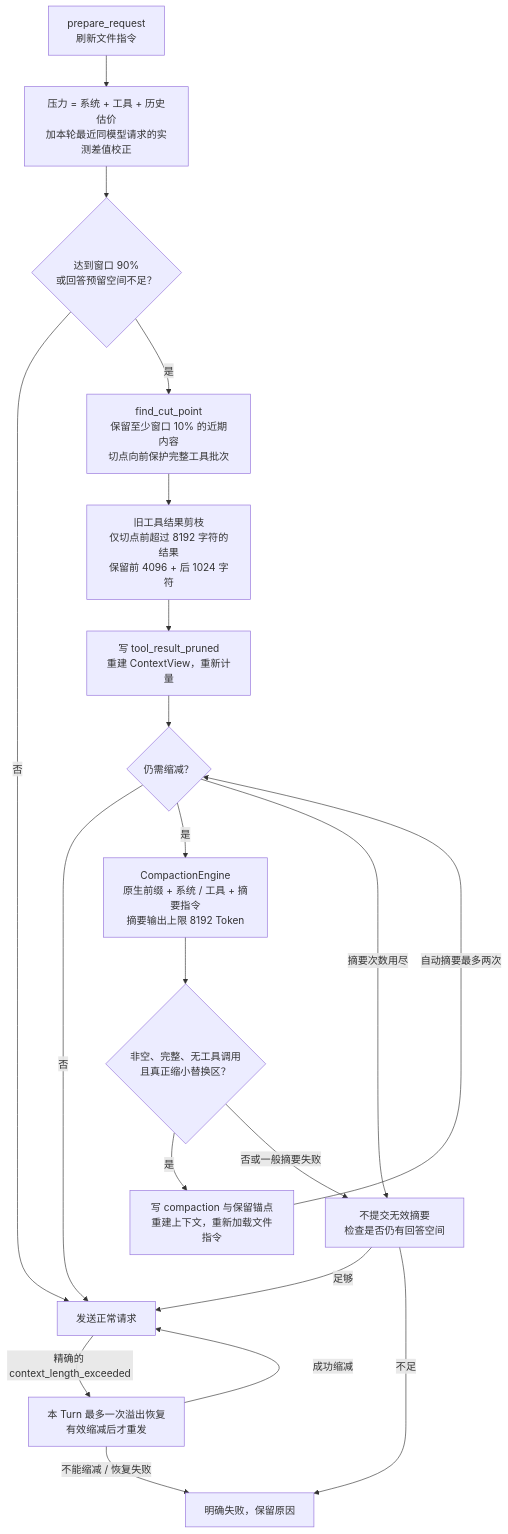
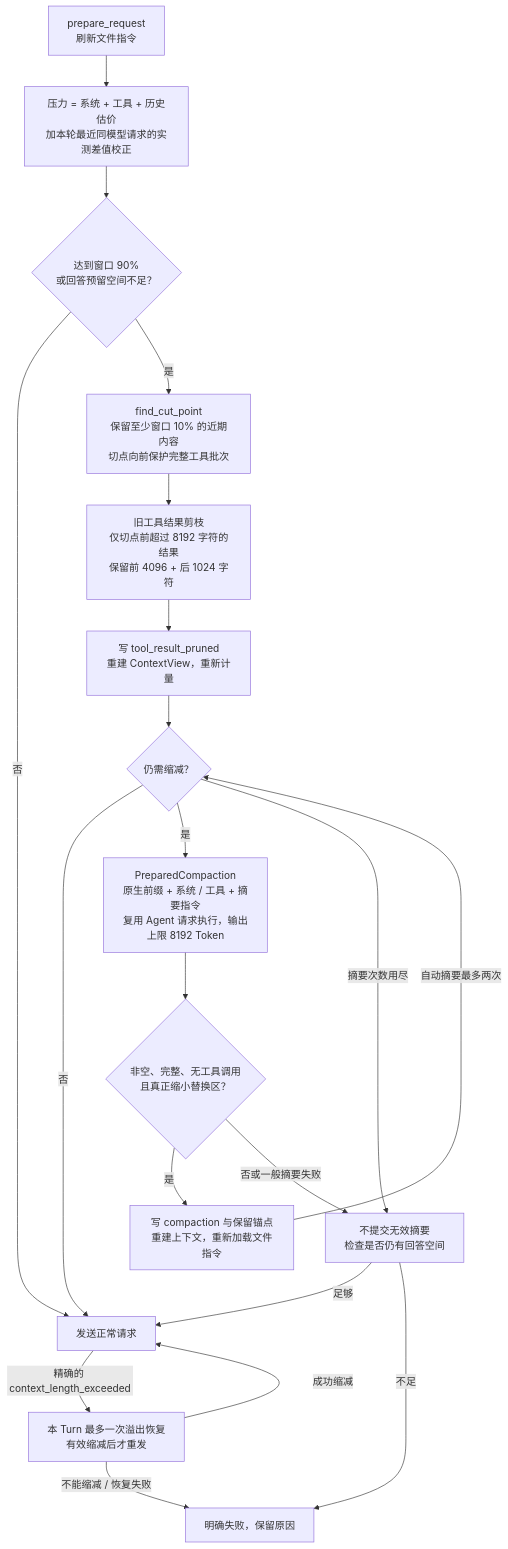
One commit to qjcnmd/singularity-agent changed diagram 23 of 29 in docs/singularity.md. Above: the diagram before and after it, drawn with Mermaid. The commit also changed other lines of this file and 45 other files, not shown here.

````diff
--- a/docs/singularity.md
+++ b/docs/singularity.md
@@ -602,22 +602,22 @@
 ```mermaid
 flowchart TB
     Start["prepare_request<br/>刷新文件指令"] --> Estimate["压力 = 系统 + 工具 + 历史估价<br/>加本轮最近同模型请求的实测差值校正"]
     Estimate --> Pressure{"达到窗口 90%<br/>或回答预留空间不足？"}
     Pressure -->|"否"| Send["发送正常请求"]
     Pressure -->|"是"| Cut["find_cut_point<br/>保留至少窗口 10% 的近期内容<br/>切点向前保护完整工具批次"]
     Cut --> Prune["旧工具结果剪枝<br/>仅切点前超过 8192 字符的结果<br/>保留前 4096 + 后 1024 字符"]
     Prune --> Measure["写 tool_result_pruned<br/>重建 ContextView，重新计量"]
     Measure --> Need{"仍需缩减？"}
     Need -->|"否"| Send
-    Need -->|"是"| Summary["CompactionEngine<br/>原生前缀 + 系统 / 工具 + 摘要指令<br/>摘要输出上限 8192 Token"]
+    Need -->|"是"| Summary["PreparedCompaction<br/>原生前缀 + 系统 / 工具 + 摘要指令<br/>复用 Agent 请求执行，输出上限 8192 Token"]
     Summary --> Valid{"非空、完整、无工具调用<br/>且真正缩小替换区？"}
     Valid -->|"是"| Commit["写 compaction 与保留锚点<br/>重建上下文，重新加载文件指令"]
     Commit -->|"自动摘要最多两次"| Need
     Valid -->|"否或一般摘要失败"| Room["不提交无效摘要<br/>检查是否仍有回答空间"]
     Room -->|"足够"| Send
     Room -->|"不足"| Error["明确失败，保留原因"]
     Need -->|"摘要次数用尽"| Room
     Send -->|"精确的 context_length_exceeded"| Forced["本 Turn 最多一次溢出恢复<br/>有效缩减后才重发"]
     Forced -->|"成功缩减"| Send
     Forced -->|"不能缩减 / 恢复失败"| Error
 ```
````
